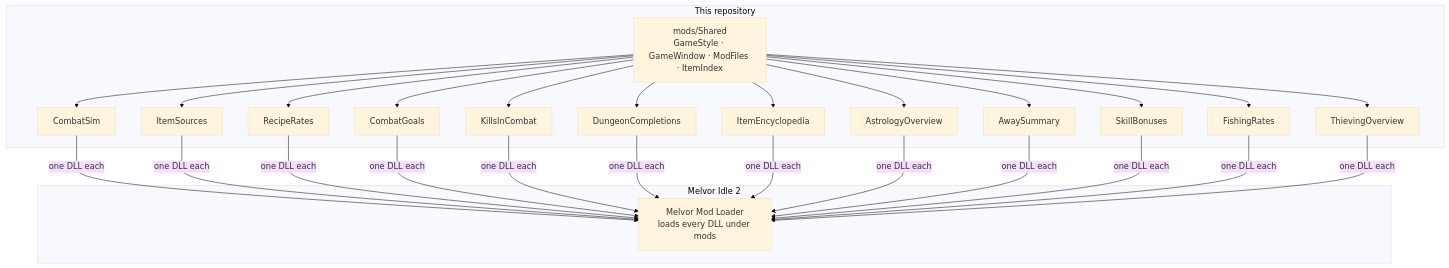
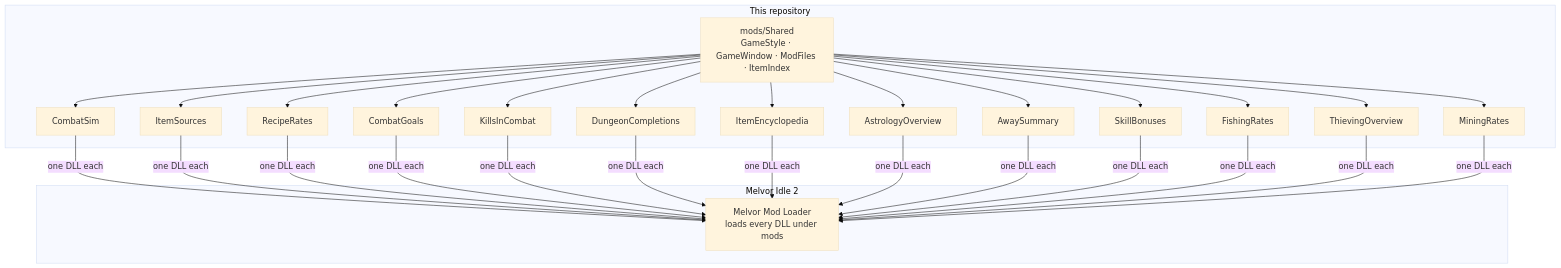
One commit to Springs-Tea/melvor-idle-2-qol-mods changed the diagram in README.md. Above: the diagram before and after it, drawn with Mermaid (base theme). The commit also changed other lines of this file and 27 other files, not shown here.

Commit message:
Mining Rates: what every rock gives per hour (#70) (#74)

````diff
--- a/README.md
+++ b/README.md
@@ -227,23 +236,24 @@
 ```mermaid
 flowchart TB
     subgraph game["Melvor Idle 2"]
         L["Melvor Mod Loader<br/>loads every DLL under mods"]
     end
     subgraph repo["This repository"]
         S["mods/Shared<br/>GameStyle · GameWindow · ModFiles · ItemIndex"]
         M1["CombatSim"]
         M2["ItemSources"]
         M3["RecipeRates"]
         M4["CombatGoals"]
         M5["KillsInCombat"]
         M6["DungeonCompletions"]
         M7["ItemEncyclopedia"]
         M8["AstrologyOverview"]
         M9["AwaySummary"]
         M10["SkillBonuses"]
         M11["FishingRates"]
         M12["ThievingOverview"]
+        M13["MiningRates"]
     end
-    S --> M1 & M2 & M3 & M4 & M5 & M6 & M7 & M8 & M9 & M10 & M11 & M12
-    M1 & M2 & M3 & M4 & M5 & M6 & M7 & M8 & M9 & M10 & M11 & M12 -->|"one DLL each"| L
+    S --> M1 & M2 & M3 & M4 & M5 & M6 & M7 & M8 & M9 & M10 & M11 & M12 & M13
+    M1 & M2 & M3 & M4 & M5 & M6 & M7 & M8 & M9 & M10 & M11 & M12 & M13 -->|"one DLL each"| L
 ```
````
